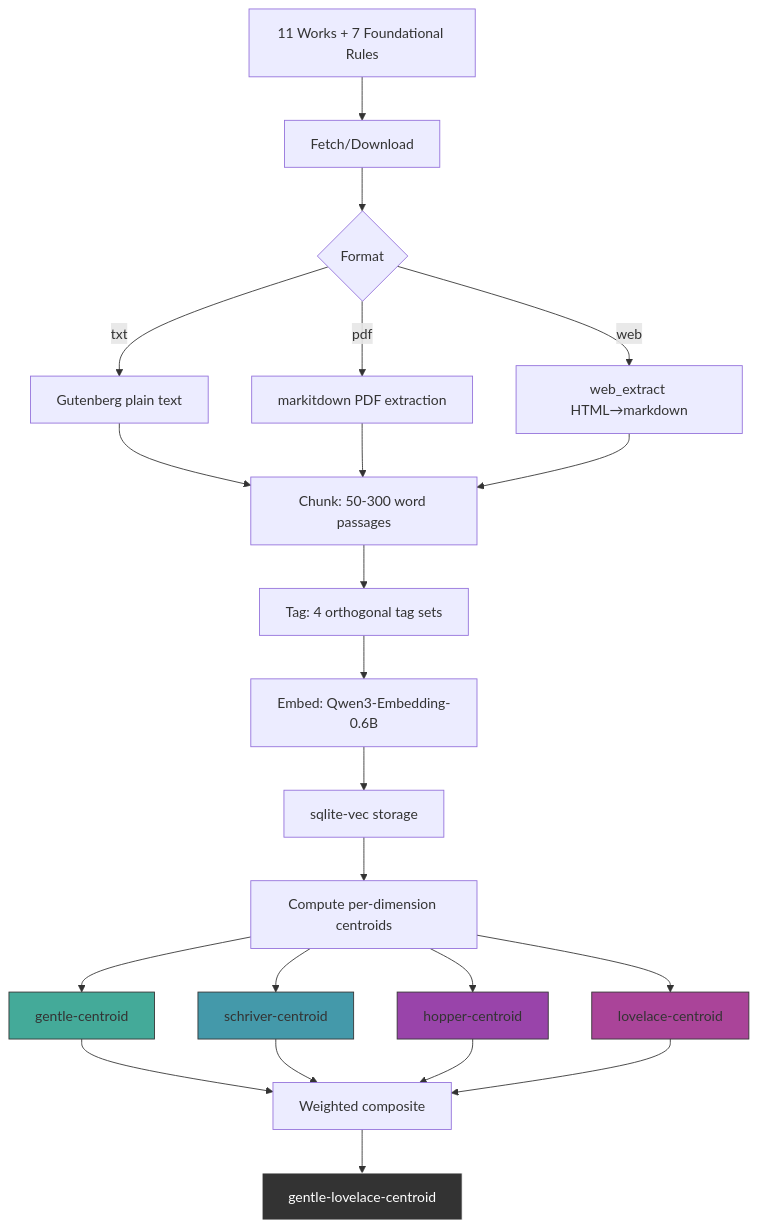
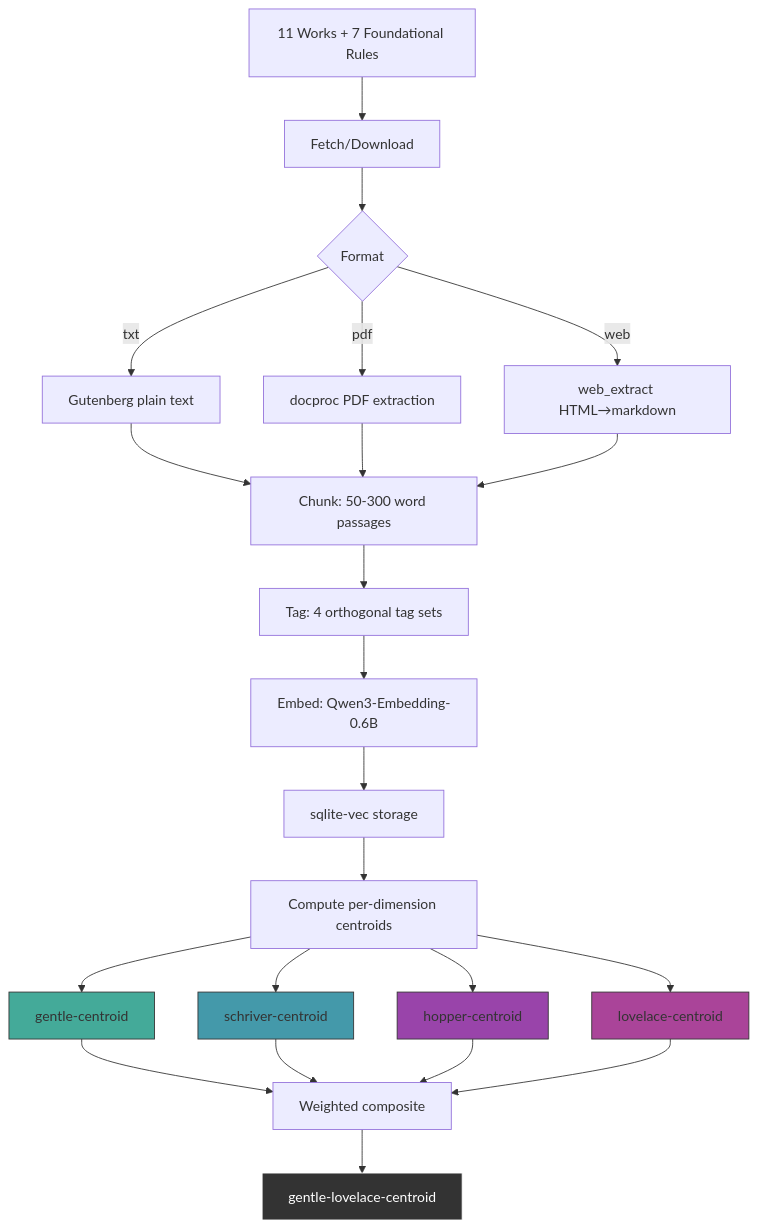
One commit to mdz-axo/hKask changed the first of 4 diagrams in docs/specifications/specs/gentle-lovelace-specification.md. Above: the diagram before and after it, drawn with Mermaid. The commit also changed 19 other files, not shown here.

````diff
--- a/docs/specifications/specs/gentle-lovelace-specification.md
+++ b/docs/specifications/specs/gentle-lovelace-specification.md
@@ -111,30 +111,30 @@
 ```mermaid
 flowchart TD
     A[11 Works + 7 Foundational Rules] --> B[Fetch/Download]
     B --> C{Format}
     C -->|txt| D[Gutenberg plain text]
-    C -->|pdf| E[markitdown PDF extraction]
+    C -->|pdf| E[docproc PDF extraction]
     C -->|web| F[web_extract HTML→markdown]
     D --> G[Chunk: 50-300 word passages]
     E --> G
     F --> G
     G --> H[Tag: 4 orthogonal tag sets]
     H --> I[Embed: Qwen3-Embedding-0.6B]
     I --> J[sqlite-vec storage]
     J --> K[Compute per-dimension centroids]
     K --> L[gentle-centroid]
     K --> M[schriver-centroid]
     K --> N[hopper-centroid]
     K --> O[lovelace-centroid]
     L --> P[Weighted composite]
     M --> P
     N --> P
     O --> P
     P --> Q[gentle-lovelace-centroid]
     
     style L fill:#4a9,stroke:#333
     style M fill:#49a,stroke:#333
     style N fill:#94a,stroke:#333
     style O fill:#a49,stroke:#333
     style Q fill:#333,stroke:#fff,color:#fff
 ```
````
